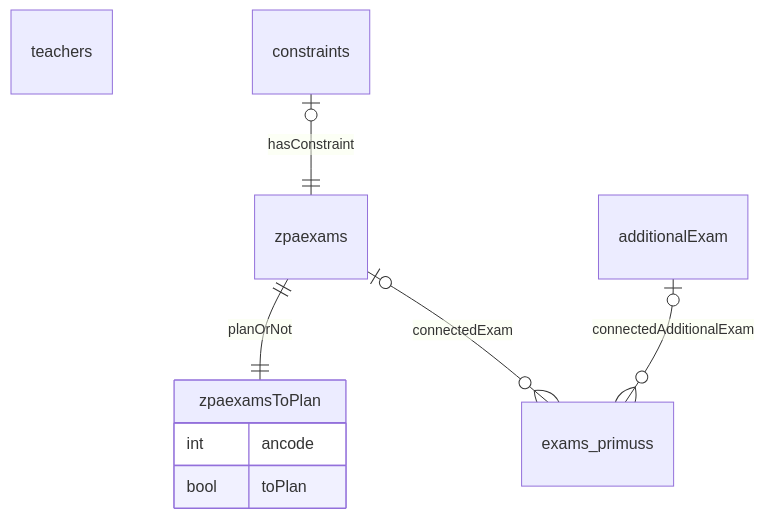
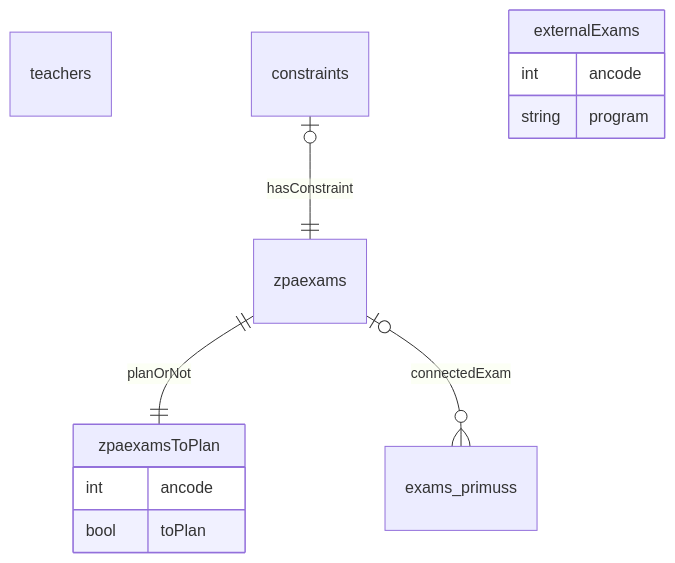
One commit to obcode/plexams.go changed the diagram in README.md. Above: the diagram before and after it, drawn with Mermaid. The commit also changed other lines of this file and 11 other files, not shown here.

````diff
--- a/README.md
+++ b/README.md
@@ -10,13 +12,16 @@
 ```mermaid
 erDiagram
     teachers
     zpaexams
     zpaexamsToPlan {
         int ancode
         bool toPlan
     }
     zpaexams ||--|| zpaexamsToPlan: planOrNot
     constraints |o--|| zpaexams: hasConstraint
     zpaexams |o--o{ exams_primuss: connectedExam
-    additionalExam |o--o{ exams_primuss: connectedAdditionalExam
+    externalExams {
+        int ancode
+        string program
+    }
 ```
````
